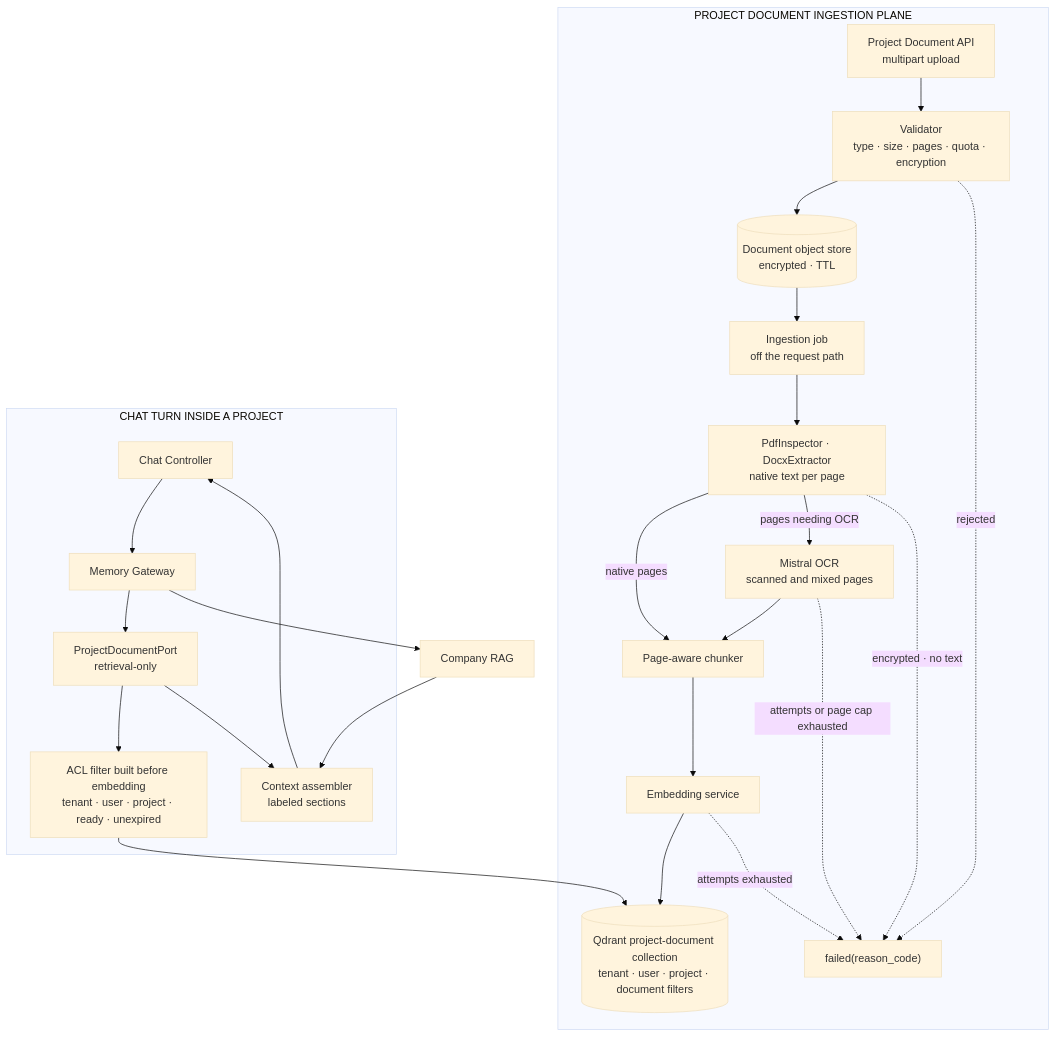
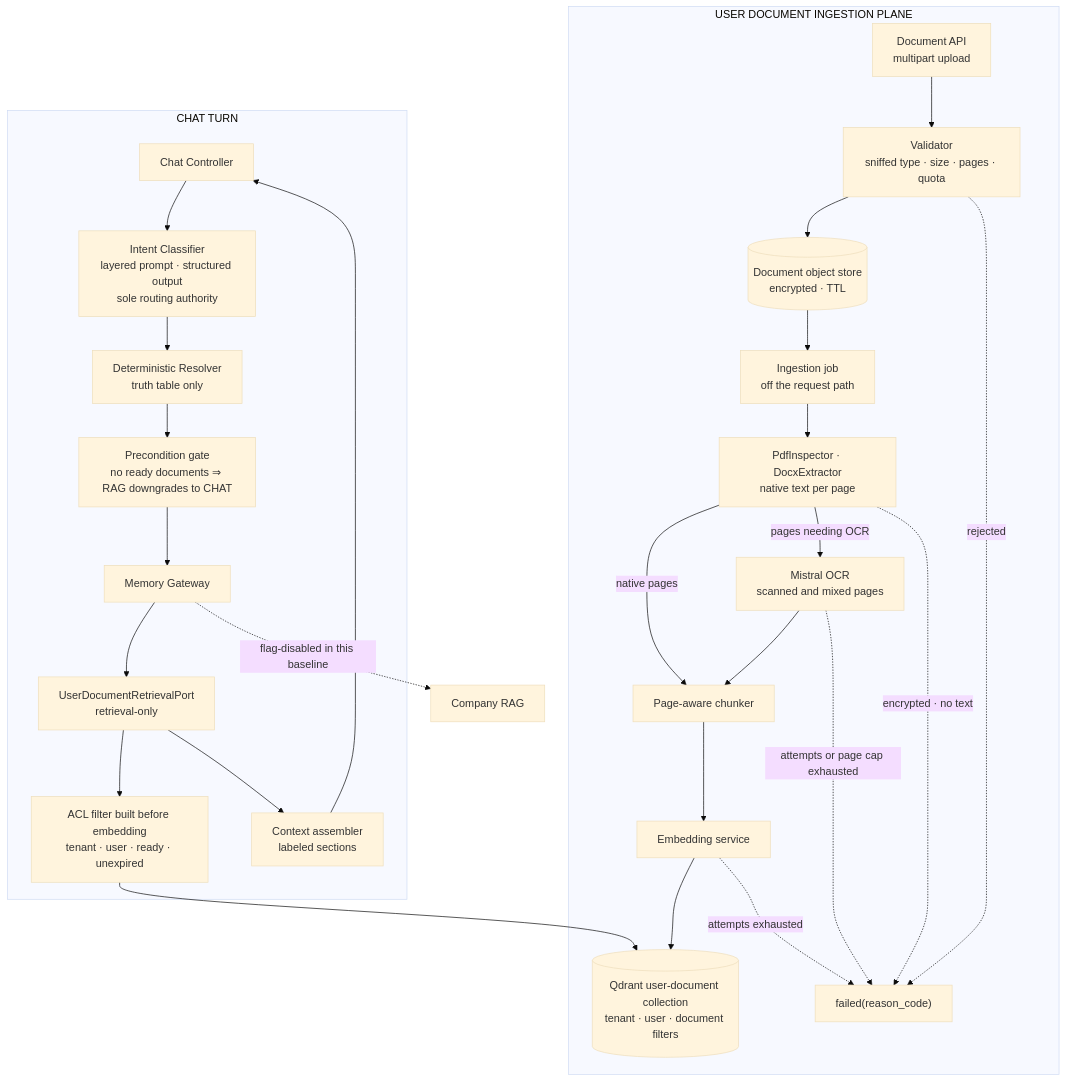
Before and after one commit to MathematicGuy/EMAIL-AGENT-v1: the tenth of 10 diagrams in docs/architectures/TARGET-ARCHITECTURE.md, drawn with Mermaid (base theme). The commit also changed other lines of this file and 20 other files, not shown here.

Commit message:
Organize files and delete redundant file and Update TARGET-ARCHITECTURE.md

````diff
--- a/docs/architectures/TARGET-ARCHITECTURE.md
+++ b/docs/architectures/TARGET-ARCHITECTURE.md
@@ -1647,37 +1750,39 @@
 ```mermaid
 flowchart TB
-    subgraph INGEST["PROJECT DOCUMENT INGESTION PLANE"]
-        UP["Project Document API<br/>multipart upload"]
-        VALID["Validator<br/>type · size · pages · quota · encryption"]
-        QUAR[("Document object store<br/>encrypted · TTL")]
+    subgraph INGEST["USER DOCUMENT INGESTION PLANE"]
+        UP["Document API<br/>multipart upload"]
+        VALID["Validator<br/>sniffed type · size · pages · quota"]
+        OBJ[("Document object store<br/>encrypted · TTL")]
         JOB["Ingestion job<br/>off the request path"]
         DETECT["PdfInspector · DocxExtractor<br/>native text per page"]
         OCR["Mistral OCR<br/>scanned and mixed pages"]
         PCHUNK["Page-aware chunker"]
         UEMBED["Embedding service"]
-        UINDEX[("Qdrant project-document collection<br/>tenant · user · project · document filters")]
+        UINDEX[("Qdrant user-document collection<br/>tenant · user · document filters")]
         UFAIL["failed(reason_code)"]
     end
 
-    UP --> VALID --> QUAR --> JOB --> DETECT
+    UP --> VALID --> OBJ --> JOB --> DETECT
     DETECT -->|native pages| PCHUNK
     DETECT -->|pages needing OCR| OCR --> PCHUNK
     PCHUNK --> UEMBED --> UINDEX
     VALID -. rejected .-> UFAIL
     DETECT -. encrypted · no text .-> UFAIL
     OCR -. attempts or page cap exhausted .-> UFAIL
     UEMBED -. attempts exhausted .-> UFAIL
 
-    subgraph CHATTURN["CHAT TURN INSIDE A PROJECT"]
+    subgraph CHATTURN["CHAT TURN"]
         CHAT["Chat Controller"]
-        GATE["Memory Gateway"]
-        DOCPORT["ProjectDocumentPort<br/>retrieval-only"]
-        DACL["ACL filter built before embedding<br/>tenant · user · project · ready · unexpired"]
+        CLS["Intent Classifier<br/>layered prompt · structured output<br/>sole routing authority"]
+        RES["Deterministic Resolver<br/>truth table only"]
+        GATE["Precondition gate<br/>no ready documents ⇒ RAG downgrades to CHAT"]
+        GW["Memory Gateway"]
+        DOCPORT["UserDocumentRetrievalPort<br/>retrieval-only"]
+        DACL["ACL filter built before embedding<br/>tenant · user · ready · unexpired"]
         CTX["Context assembler<br/>labeled sections"]
     end
 
-    CHAT --> GATE --> DOCPORT --> DACL --> UINDEX
-    GATE --> COMPANY["Company RAG"]
-    DOCPORT --> CTX
-    COMPANY --> CTX --> CHAT
+    CHAT --> CLS --> RES --> GATE --> GW --> DOCPORT --> DACL --> UINDEX
+    GW -. flag-disabled in this baseline .-> COMPANY["Company RAG"]
+    DOCPORT --> CTX --> CHAT
 ```
````
